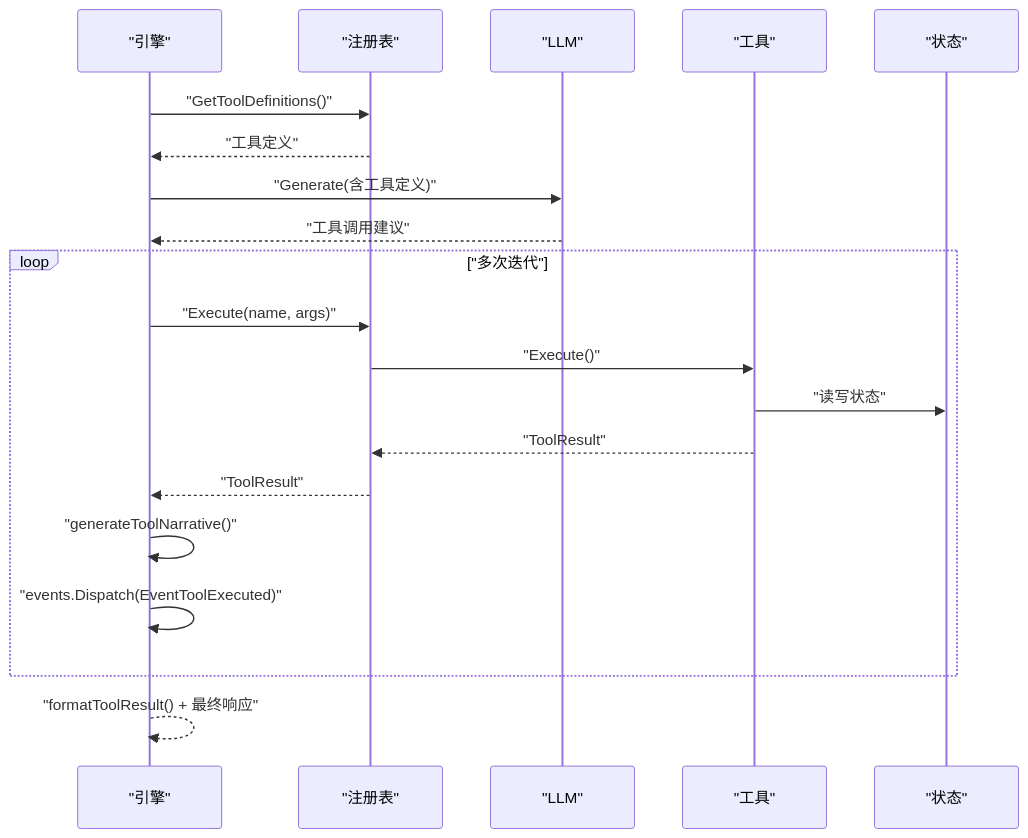
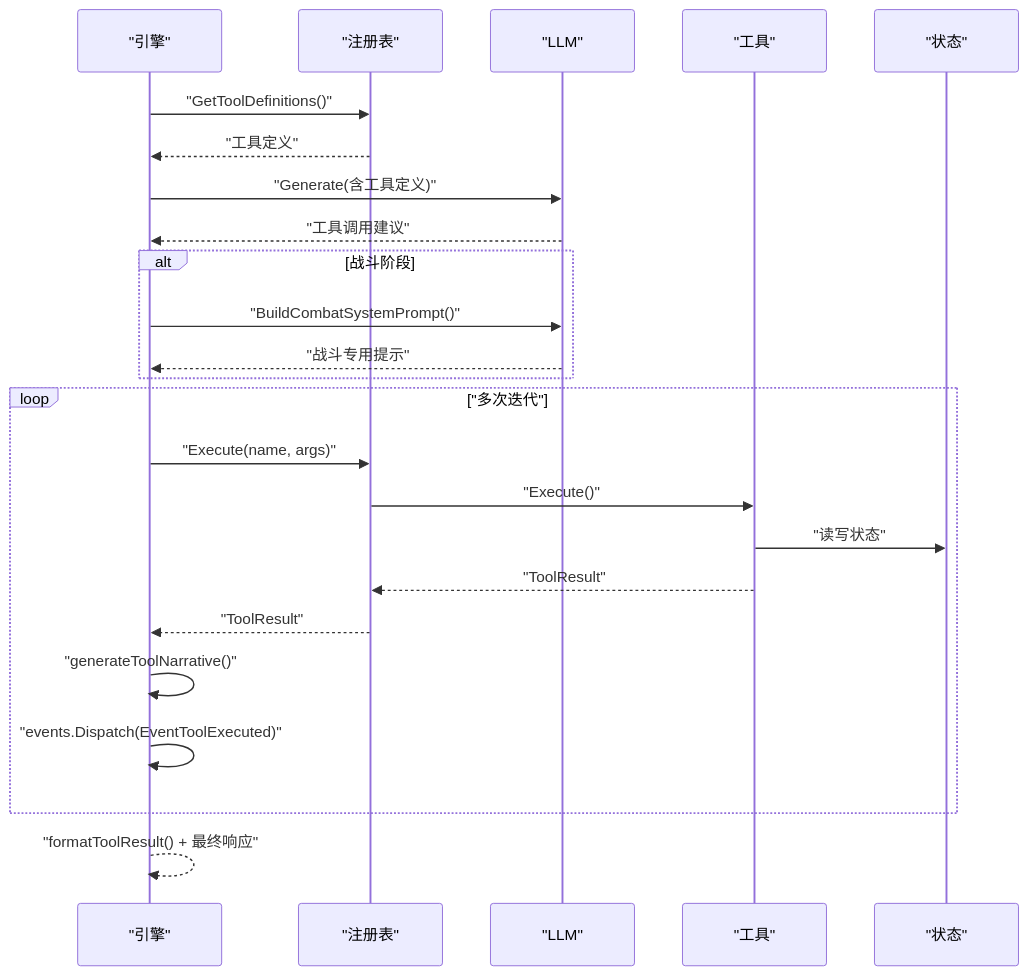
The tenth of 12 diagrams in .qoder/repowiki/zh/content/工具系统/工具系统.md (zwh8800/cdnd), drawn with Mermaid before and after one commit. The commit also changed other lines of this file and 102 other files, not shown here.

````diff
--- a/.qoder/repowiki/zh/content/工具系统/工具系统.md
+++ b/.qoder/repowiki/zh/content/工具系统/工具系统.md
@@ -420,22 +515,26 @@
 ```mermaid
 sequenceDiagram
 participant E as "引擎"
 participant R as "注册表"
 participant L as "LLM"
 participant T as "工具"
 participant S as "状态"
 E->>R : "GetToolDefinitions()"
 R-->>E : "工具定义"
 E->>L : "Generate(含工具定义)"
 L-->>E : "工具调用建议"
+alt 战斗阶段
+E->>L : "BuildCombatSystemPrompt()"
+L-->>E : "战斗专用提示"
+end
 loop "多次迭代"
 E->>R : "Execute(name, args)"
 R->>T : "Execute()"
 T->>S : "读写状态"
 T-->>R : "ToolResult"
 R-->>E : "ToolResult"
 E->>E : "generateToolNarrative()"
 E->>E : "events.Dispatch(EventToolExecuted)"
 end
 E-->>E : "formatToolResult() + 最终响应"
 ```
````
